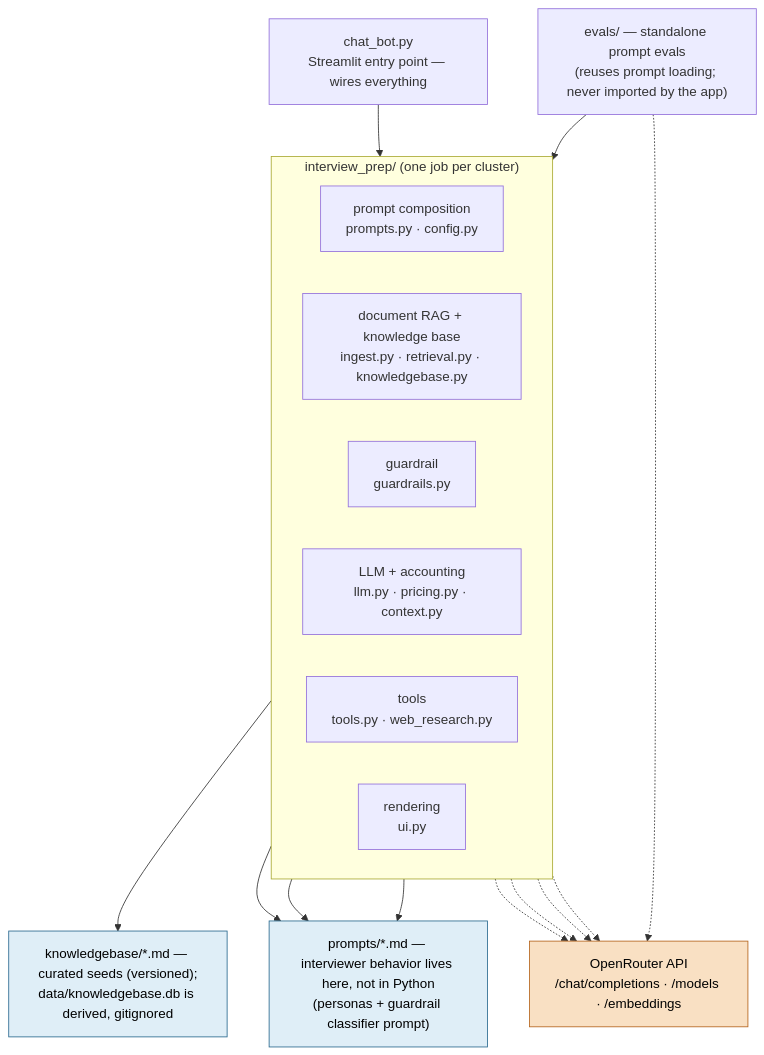
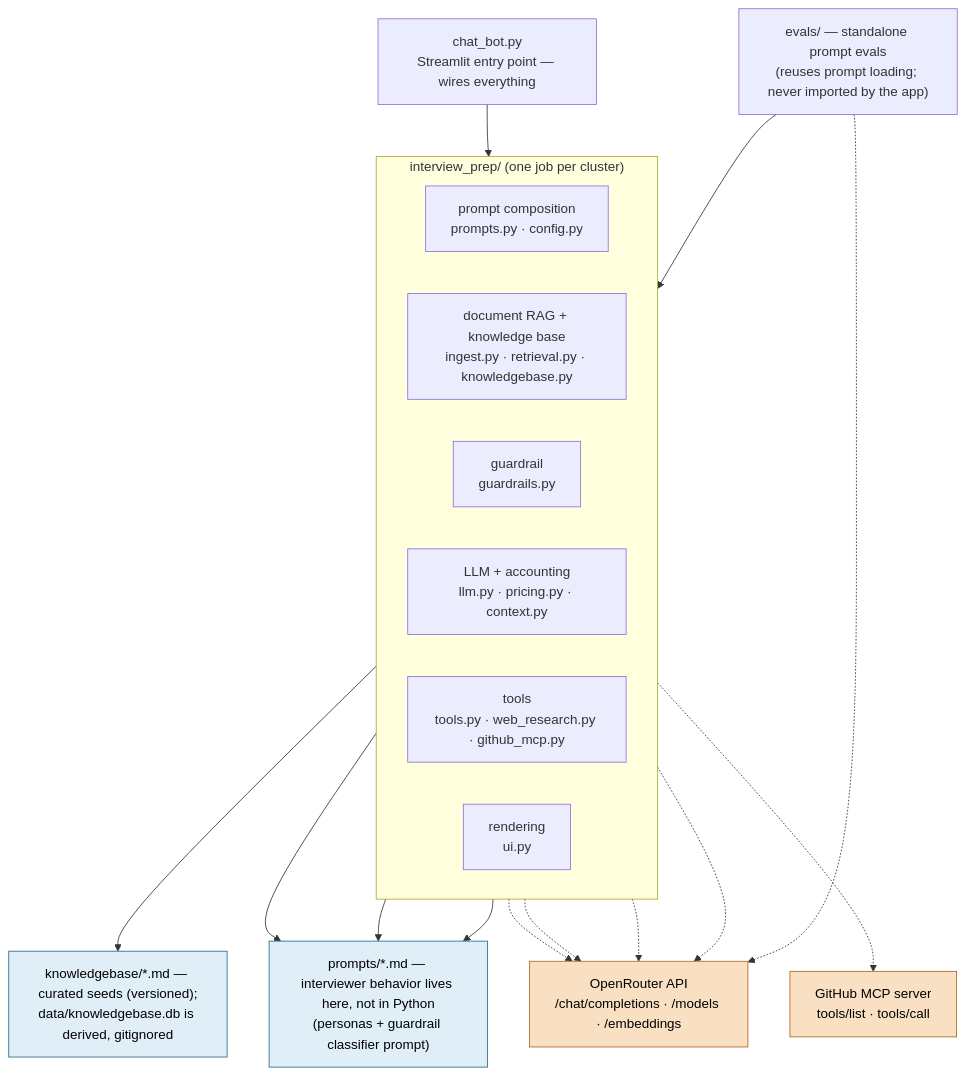
The sixth of 6 diagrams in docs/diagrams/architecture.md (DukeOfErl/interv_preper), drawn with Mermaid before and after one commit. The commit also changed other lines of this file and 5 other files, not shown here.

````diff
--- a/docs/diagrams/architecture.md
+++ b/docs/diagrams/architecture.md
@@ -146,37 +185,40 @@
 ```mermaid
 flowchart TB
     entry["chat_bot.py<br/>Streamlit entry point — wires everything"]
 
     subgraph pkg["interview_prep/ (one job per cluster)"]
         direction LR
         promptsC["prompt composition<br/>prompts.py · config.py"]
         rag["document RAG + knowledge base<br/>ingest.py · retrieval.py · knowledgebase.py"]
         safety["guardrail<br/>guardrails.py"]
         llmC["LLM + accounting<br/>llm.py · pricing.py · context.py"]
-        toolsC["tools<br/>tools.py · web_research.py"]
+        toolsC["tools<br/>tools.py · web_research.py · github_mcp.py"]
         uiC["rendering<br/>ui.py"]
     end
 
     mdfiles["prompts/*.md — interviewer behavior lives here, not in Python<br/>(personas + guardrail classifier prompt)"]
     kbfiles["knowledgebase/*.md — curated seeds (versioned);<br/>data/knowledgebase.db is derived, gitignored"]
     orouter["OpenRouter API<br/>/chat/completions · /models · /embeddings"]
+    ghmcp["GitHub MCP server<br/>tools/list · tools/call"]
     evals["evals/ — standalone prompt evals<br/>(reuses prompt loading; never imported by the app)"]
 
     entry --> pkg
     promptsC --> mdfiles
     rag --> kbfiles
     safety --> mdfiles
     toolsC --> mdfiles
     rag -.-> orouter
     safety -.-> orouter
     llmC -.-> orouter
     toolsC -.-> orouter
+    toolsC -.-> ghmcp
     evals --> promptsC
     evals -.-> orouter
 
     classDef ext fill:#f9e0c3,stroke:#b5651d,color:#000
     classDef mdfile fill:#dfeef7,stroke:#2b6a8f,color:#000
     class orouter ext
+    class ghmcp ext
     class mdfiles mdfile
     class kbfiles mdfile
 ```
````
